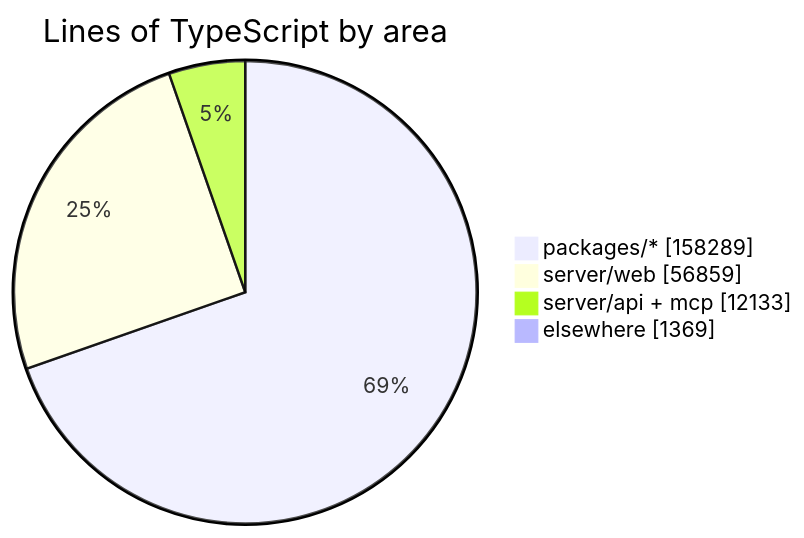
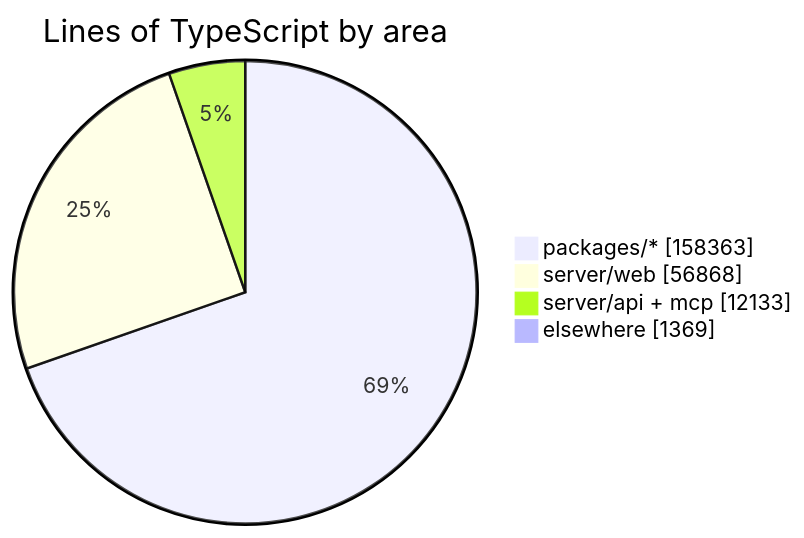
One commit to crossworks-engineering/mantle changed the diagram in README.md. Above: the diagram before and after it, drawn with Mermaid. The commit also changed other lines of this file and 2 other files, not shown here.

````diff
--- a/README.md
+++ b/README.md
@@ -279,7 +279,7 @@
 ```mermaid
 pie showData title Lines of TypeScript by area
-    "packages/*" : 158289
-    "server/web" : 56859
+    "packages/*" : 158363
+    "server/web" : 56868
     "server/api + mcp" : 12133
     "elsewhere" : 1369
 ```
````
